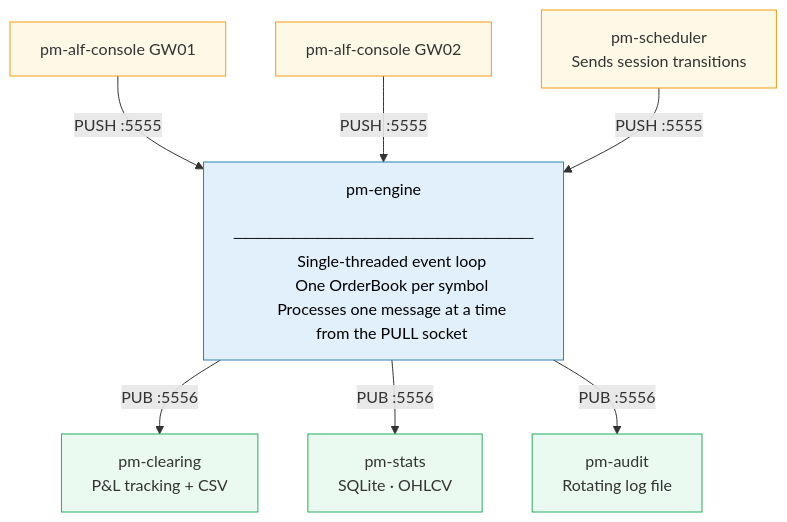
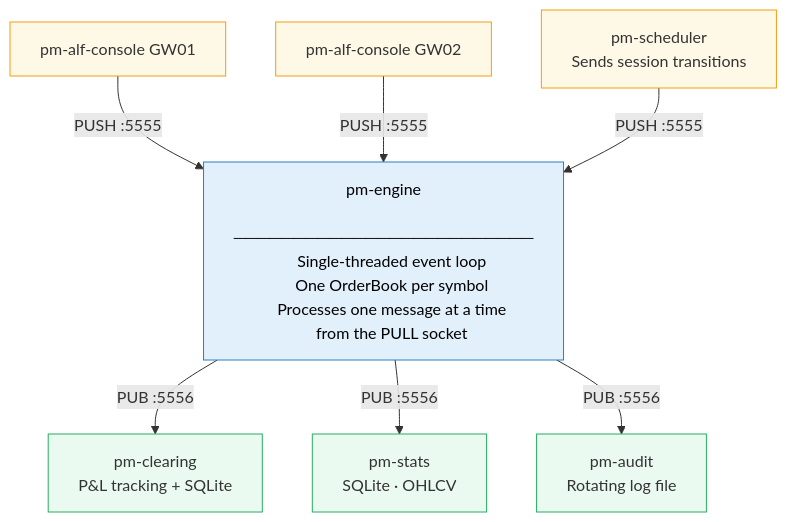
One commit to johan162/EduMatcher changed the ninth of 11 diagrams in docs/books/architecture-and-development/part-1-architecture/020-guided-tour.md. Above: the diagram before and after it, drawn with Mermaid. The commit also changed other lines of this file and 71 other files, not shown here.

````diff
--- a/docs/books/architecture-and-development/part-1-architecture/020-guided-tour.md
+++ b/docs/books/architecture-and-development/part-1-architecture/020-guided-tour.md
@@ -1936,34 +1976,34 @@
 ```mermaid
 graph TB
     GW1["pm-alf-console GW01"]
     GW2["pm-alf-console GW02"]
     ENG["pm-engine
     ─────────────────────────
     Single-threaded event loop
     One OrderBook per symbol
     Processes one message at a time
     from the PULL socket"]
     CLR["pm-clearing
-    P&L tracking + CSV"]
+    P&L tracking + SQLite"]
     STA["pm-stats
     SQLite · OHLCV"]
     AUD["pm-audit
     Rotating log file"]
     SCH["pm-scheduler
     Sends session transitions"]
 
     GW1 -- "PUSH :5555" --> ENG
     GW2 -- "PUSH :5555" --> ENG
     SCH -- "PUSH :5555" --> ENG
     ENG -- "PUB :5556" --> CLR
     ENG -- "PUB :5556" --> STA
     ENG -- "PUB :5556" --> AUD
 
     style ENG fill:#e2f0fb,stroke:#2980b9,color:#000
     style GW1 fill:#fef9e7,stroke:#f39c12
     style GW2 fill:#fef9e7,stroke:#f39c12
     style SCH fill:#fef9e7,stroke:#f39c12
     style CLR fill:#eafaf1,stroke:#27ae60
     style STA fill:#eafaf1,stroke:#27ae60
     style AUD fill:#eafaf1,stroke:#27ae60
 ```
````
